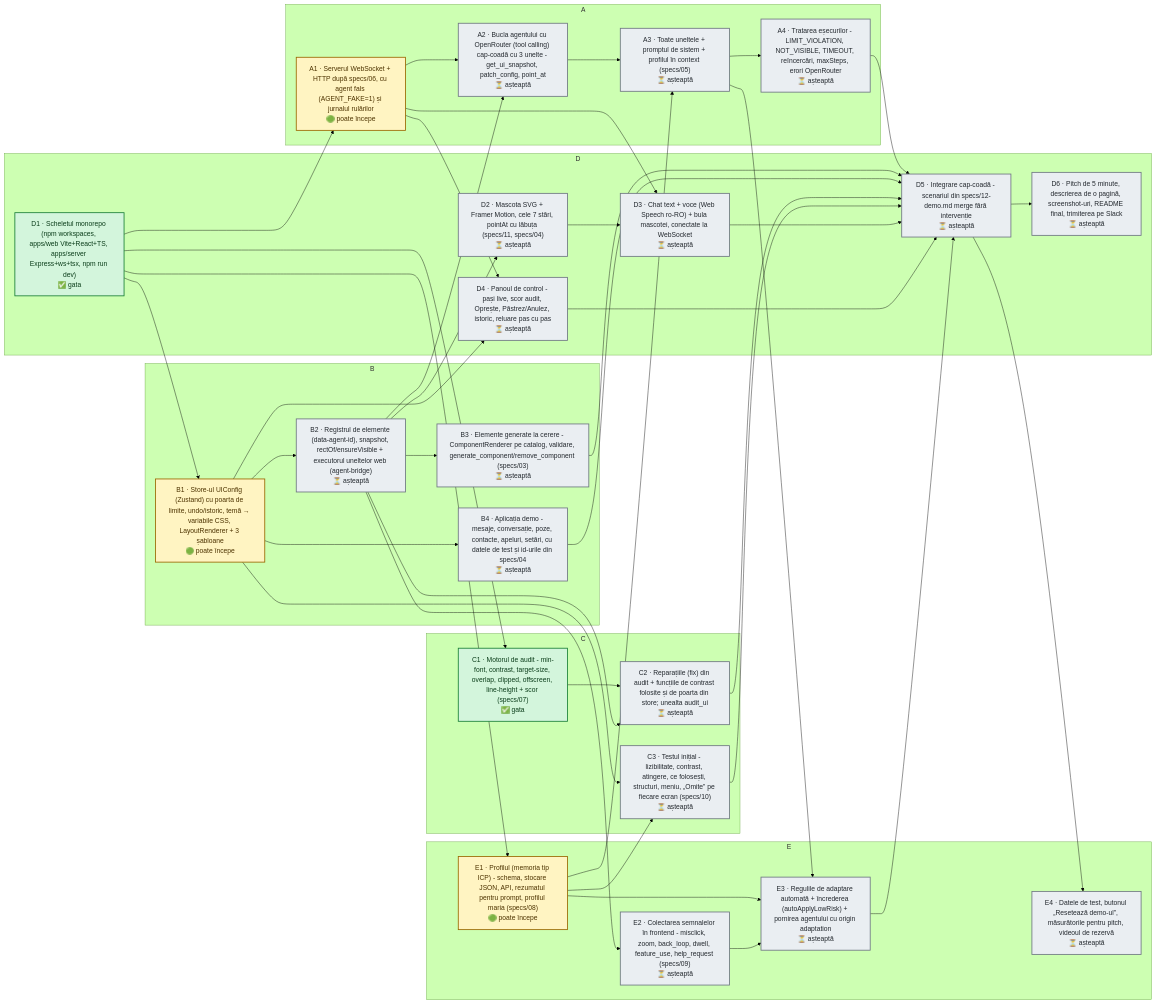
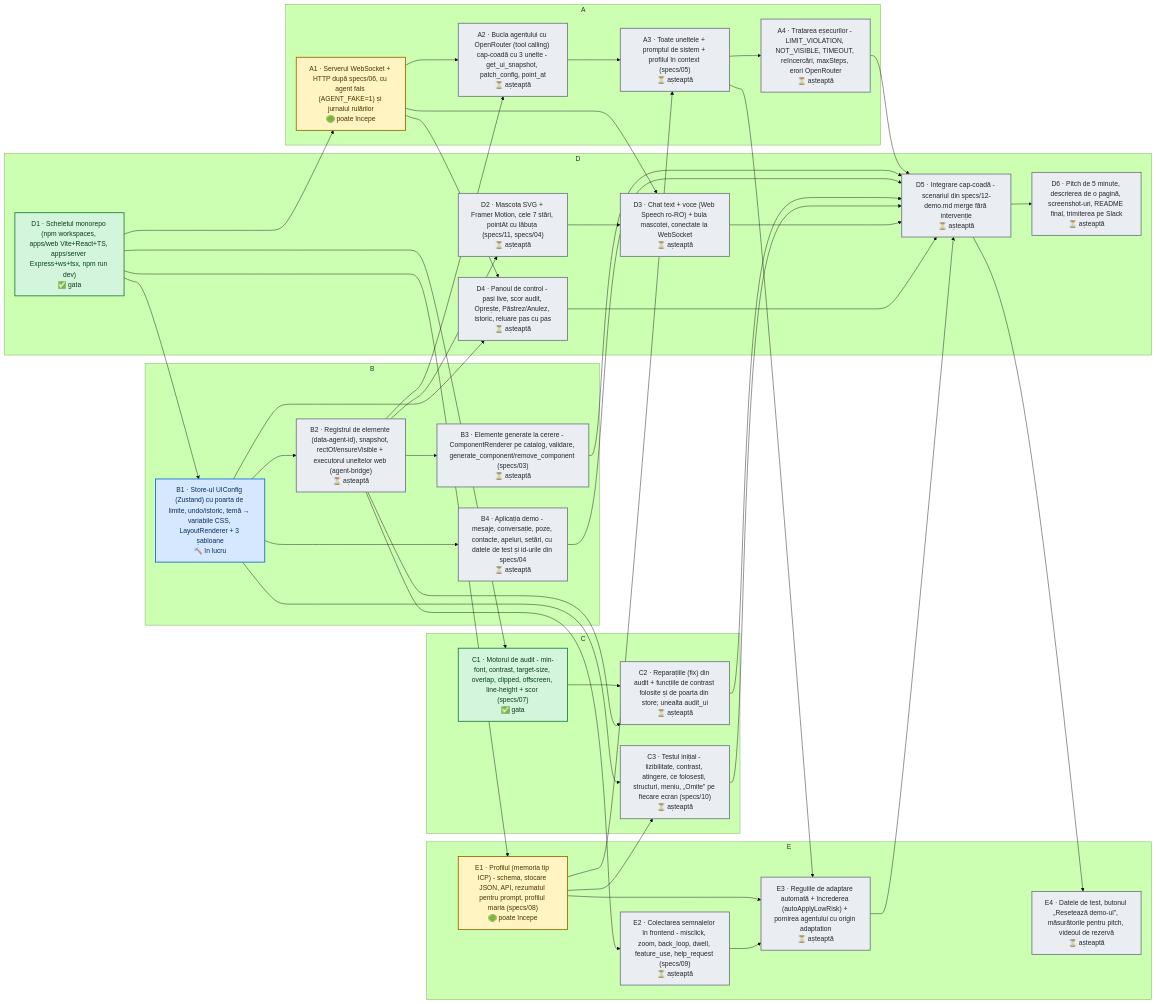
The diagram in DAG.md (06cezar/UiShapeshifter), drawn with Mermaid (forest theme) before and after one commit. The commit also changed other lines of this file and 1 other file, not shown here.

Commit message:
dag: update [skip ci]

````diff
--- a/DAG.md
+++ b/DAG.md
@@ -8,77 +8,78 @@
 ```mermaid
 flowchart LR
   subgraph t_owner_A["A"]
     t_A1["A1 · Serverul WebSocket + HTTP după specs/06, cu agent fals (AGENT_FAKE=1) și jurnalul rulărilor<br/>🟢 poate începe"]
     t_A2["A2 · Bucla agentului cu OpenRouter (tool calling) cap-coadă cu 3 unelte - get_ui_snapshot, patch_config, point_at<br/>⏳ așteaptă"]
     t_A3["A3 · Toate uneltele + promptul de sistem + profilul în context (specs/05)<br/>⏳ așteaptă"]
     t_A4["A4 · Tratarea eșecurilor - LIMIT_VIOLATION, NOT_VISIBLE, TIMEOUT, reîncercări, maxSteps, erori OpenRouter<br/>⏳ așteaptă"]
   end
   subgraph t_owner_B["B"]
-    t_B1["B1 · Store-ul UIConfig (Zustand) cu poarta de limite, undo/istoric, temă → variabile CSS, LayoutRenderer + 3 șabloane<br/>🟢 poate începe"]
+    t_B1["B1 · Store-ul UIConfig (Zustand) cu poarta de limite, undo/istoric, temă → variabile CSS, LayoutRenderer + 3 șabloane<br/>🔨 în lucru"]
     t_B2["B2 · Registrul de elemente (data-agent-id), snapshot, rectOf/ensureVisible + executorul uneltelor web (agent-bridge)<br/>⏳ așteaptă"]
     t_B3["B3 · Elemente generate la cerere - ComponentRenderer pe catalog, validare, generate_component/remove_component (specs/03)<br/>⏳ așteaptă"]
     t_B4["B4 · Aplicația demo - mesaje, conversație, poze, contacte, apeluri, setări, cu datele de test și id-urile din specs/04<br/>⏳ așteaptă"]
   end
   subgraph t_owner_C["C"]
     t_C1["C1 · Motorul de audit - min-font, contrast, target-size, overlap, clipped, offscreen, line-height + scor (specs/07)<br/>✅ gata"]
     t_C2["C2 · Reparațiile (fix) din audit + funcțiile de contrast folosite și de poarta din store; unealta audit_ui<br/>⏳ așteaptă"]
     t_C3["C3 · Testul inițial - lizibilitate, contrast, atingere, ce folosești, structuri, meniu, „Omite” pe fiecare ecran (specs/10)<br/>⏳ așteaptă"]
   end
   subgraph t_owner_D["D"]
     t_D1["D1 · Scheletul monorepo (npm workspaces, apps/web Vite+React+TS, apps/server Express+ws+tsx, npm run dev)<br/>✅ gata"]
     t_D2["D2 · Mascota SVG + Framer Motion, cele 7 stări, pointAt cu lăbuța (specs/11, specs/04)<br/>⏳ așteaptă"]
     t_D3["D3 · Chat text + voce (Web Speech ro-RO) + bula mascotei, conectate la WebSocket<br/>⏳ așteaptă"]
     t_D4["D4 · Panoul de control - pași live, scor audit, Oprește, Păstrez/Anulez, istoric, reluare pas cu pas<br/>⏳ așteaptă"]
     t_D5["D5 · Integrare cap-coadă - scenariul din specs/12-demo.md merge fără intervenție<br/>⏳ așteaptă"]
     t_D6["D6 · Pitch de 5 minute, descrierea de o pagină, screenshot-uri, README final, trimiterea pe Slack<br/>⏳ așteaptă"]
   end
   subgraph t_owner_E["E"]
     t_E1["E1 · Profilul (memoria tip ICP) - schema, stocare JSON, API, rezumatul pentru prompt, profilul maria (specs/08)<br/>🟢 poate începe"]
     t_E2["E2 · Colectarea semnalelor în frontend - misclick, zoom, back_loop, dwell, feature_use, help_request (specs/09)<br/>⏳ așteaptă"]
     t_E3["E3 · Regulile de adaptare automată + încrederea (autoApplyLowRisk) + pornirea agentului cu origin adaptation<br/>⏳ așteaptă"]
     t_E4["E4 · Datele de test, butonul „Resetează demo-ul”, măsurătorile pentru pitch, videoul de rezervă<br/>⏳ așteaptă"]
   end
   t_B2 --> t_D2
   t_A1 --> t_D3
   t_D2 --> t_D3
   t_A1 --> t_D4
   t_B1 --> t_D4
   t_A4 --> t_D5
   t_B3 --> t_D5
   t_B4 --> t_D5
   t_C2 --> t_D5
   t_C3 --> t_D5
   t_D3 --> t_D5
   t_D4 --> t_D5
   t_E3 --> t_D5
   t_D5 --> t_D6
   t_D1 --> t_A1
   t_A1 --> t_A2
   t_B2 --> t_A2
   t_A2 --> t_A3
   t_E1 --> t_A3
   t_A3 --> t_A4
   t_D1 --> t_B1
   t_B1 --> t_B2
   t_B2 --> t_B3
   t_B1 --> t_B4
   t_D1 --> t_C1
   t_C1 --> t_C2
   t_B2 --> t_C2
   t_B1 --> t_C3
   t_E1 --> t_C3
   t_D1 --> t_E1
   t_B2 --> t_E2
   t_E1 --> t_E3
   t_E2 --> t_E3
   t_A3 --> t_E3
   t_D5 --> t_E4
   classDef done fill:#d3f5dc,stroke:#1a7f37,color:#0b3d1a,stroke-width:2px
   classDef progress fill:#d6e8ff,stroke:#0969da,color:#0a2d5c,stroke-width:2px
   classDef ready fill:#fff4c2,stroke:#9a6700,color:#4d3300,stroke-width:2px
   classDef wait fill:#eaeef2,stroke:#6e7781,color:#24292f,stroke-width:2px
   classDef blocked fill:#ffd8d3,stroke:#cf222e,color:#5c0b10,stroke-width:2px
   class t_D1,t_C1 done
-  class t_A1,t_B1,t_E1 ready
+  class t_B1 progress
+  class t_A1,t_E1 ready
   class t_D2,t_D3,t_D4,t_D5,t_D6,t_A2,t_A3,t_A4,t_B2,t_B3,t_B4,t_C2,t_C3,t_E2,t_E3,t_E4 wait
 ```
````
